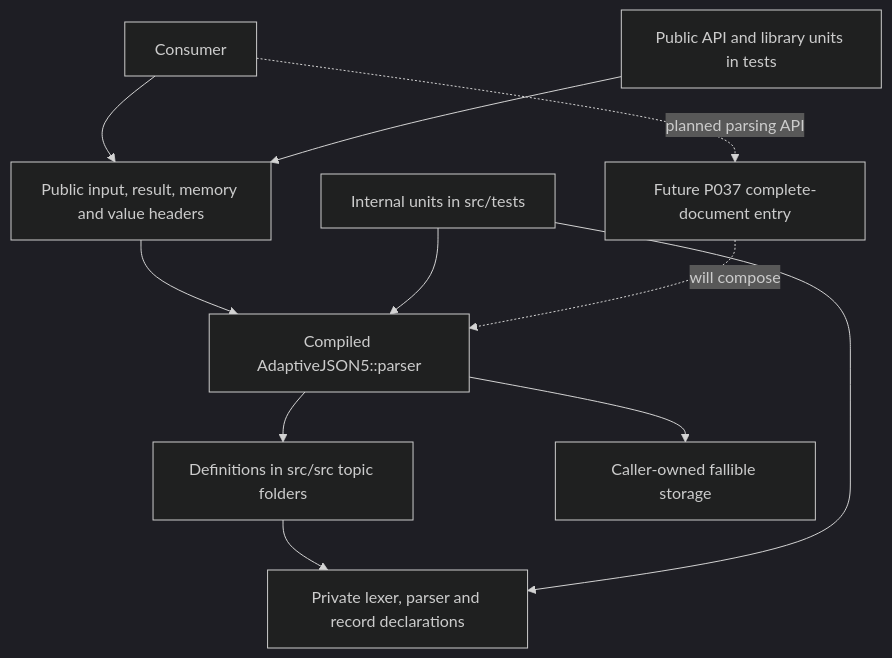
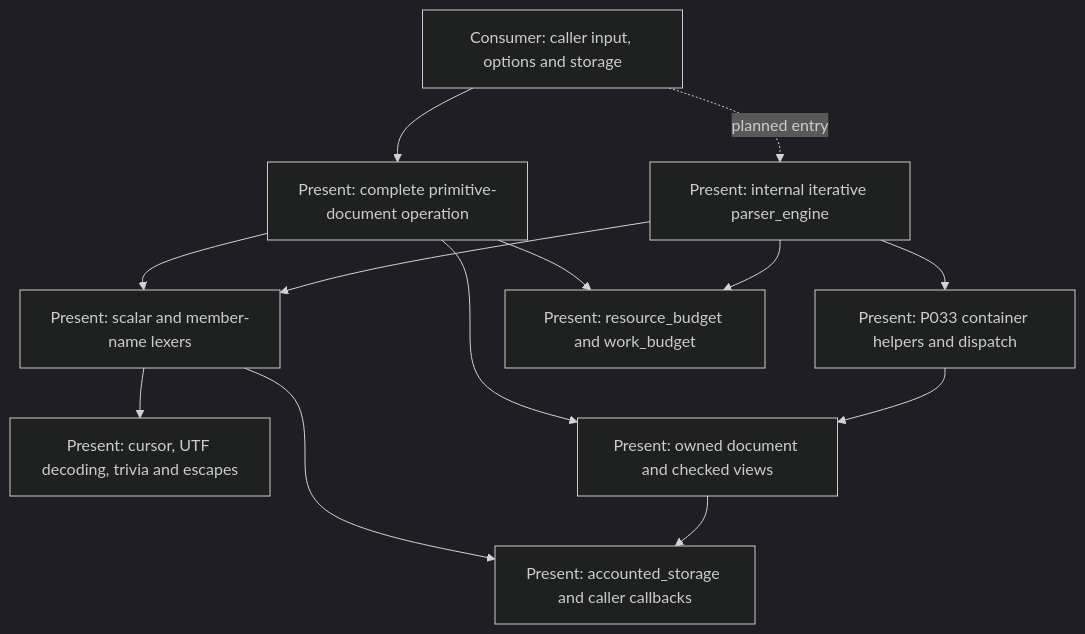
The fourth of 14 diagrams in docs/architecture.md (Romanr92/Adaptive_JSON5), drawn with Mermaid (dark theme) before and after one commit. The commit also changed other lines of this file and 15 other files, not shown here.

````diff
--- a/docs/architecture.md
+++ b/docs/architecture.md
@@ -35,22 +309,24 @@
 ```mermaid
 flowchart TB
-    Consumer[Consumer]
-    Public[Public input, result, memory and value headers]
-    Library[Compiled AdaptiveJSON5::parser]
-    Private[Private lexer, parser and record declarations]
-    Source[Definitions in src/src topic folders]
-    InternalTests[Internal units in src/tests]
-    PublicTests[Public API and library units in tests]
-    Provider[Caller-owned fallible storage]
-    Future[Future P037 complete-document entry]
-    Consumer --> Public
-    PublicTests --> Public
-    Public --> Library
-    Library --> Source
-    Source --> Private
-    InternalTests --> Private
-    InternalTests --> Library
-    Library --> Provider
-    Consumer -. planned parsing API .-> Future
-    Future -. will compose .-> Library
+    Consumer[Consumer: caller input, options and storage]
+    Primitive[Present: complete primitive-document operation]
+    Engine[Present: internal iterative parser_engine]
+    Helpers[Present: P033 container helpers and dispatch]
+    Lexers[Present: scalar and member-name lexers]
+    Characters[Present: cursor, UTF decoding, trivia and escapes]
+    Model[Present: owned document and checked views]
+    Resources[Present: resource_budget and work_budget]
+    Storage[Present: accounted_storage and caller callbacks]
+    Consumer --> Primitive
+    Consumer -. planned entry .-> Engine
+    Primitive --> Lexers
+    Primitive --> Model
+    Primitive --> Resources
+    Engine --> Helpers
+    Engine --> Lexers
+    Engine --> Resources
+    Helpers --> Model
+    Lexers --> Characters
+    Lexers --> Storage
+    Model --> Storage
 ```
````
